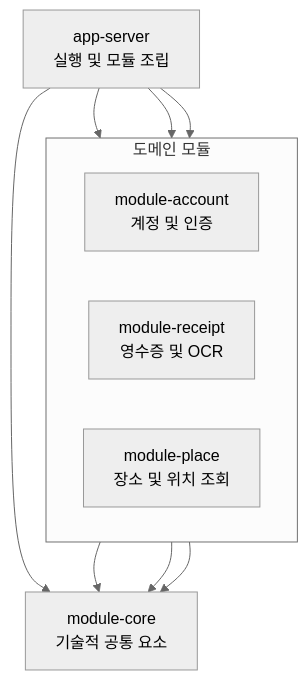
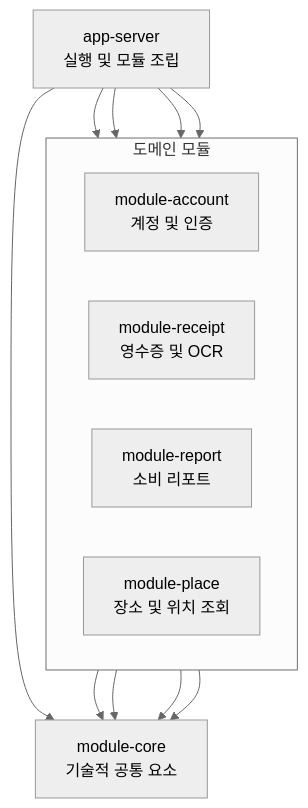
The second of 3 diagrams in docs/architecture.md (dnd-side-project/dnd-15th-5-backend), drawn with Mermaid (neutral theme) before and after one commit. The commit also changed other lines of this file, not shown here.

Commit message:
docs: 리포트 모듈 아키텍처 반영

````diff
--- a/docs/architecture.md
+++ b/docs/architecture.md
@@ -153,22 +154,25 @@
 ```mermaid
 flowchart TB
     App["app-server<br/>실행 및 모듈 조립"]
 
     subgraph DomainModules["도메인 모듈"]
         direction LR
         Account["module-account<br/>계정 및 인증"]
         Receipt["module-receipt<br/>영수증 및 OCR"]
+        Report["module-report<br/>소비 리포트"]
         Place["module-place<br/>장소 및 위치 조회"]
     end
 
     Core["module-core<br/>기술적 공통 요소"]
 
     App --> Account
     App --> Receipt
+    App --> Report
     App --> Place
     App --> Core
 
     Account --> Core
     Receipt --> Core
+    Report --> Core
     Place --> Core
 ```
````
